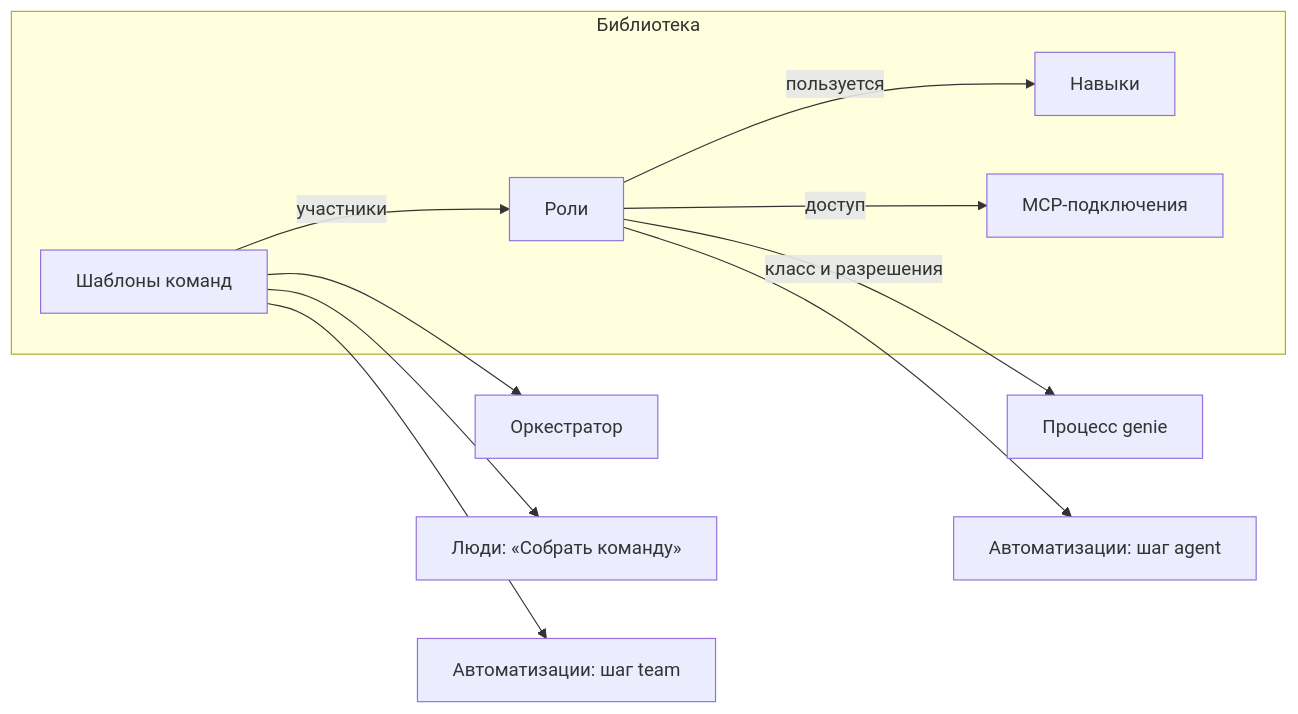
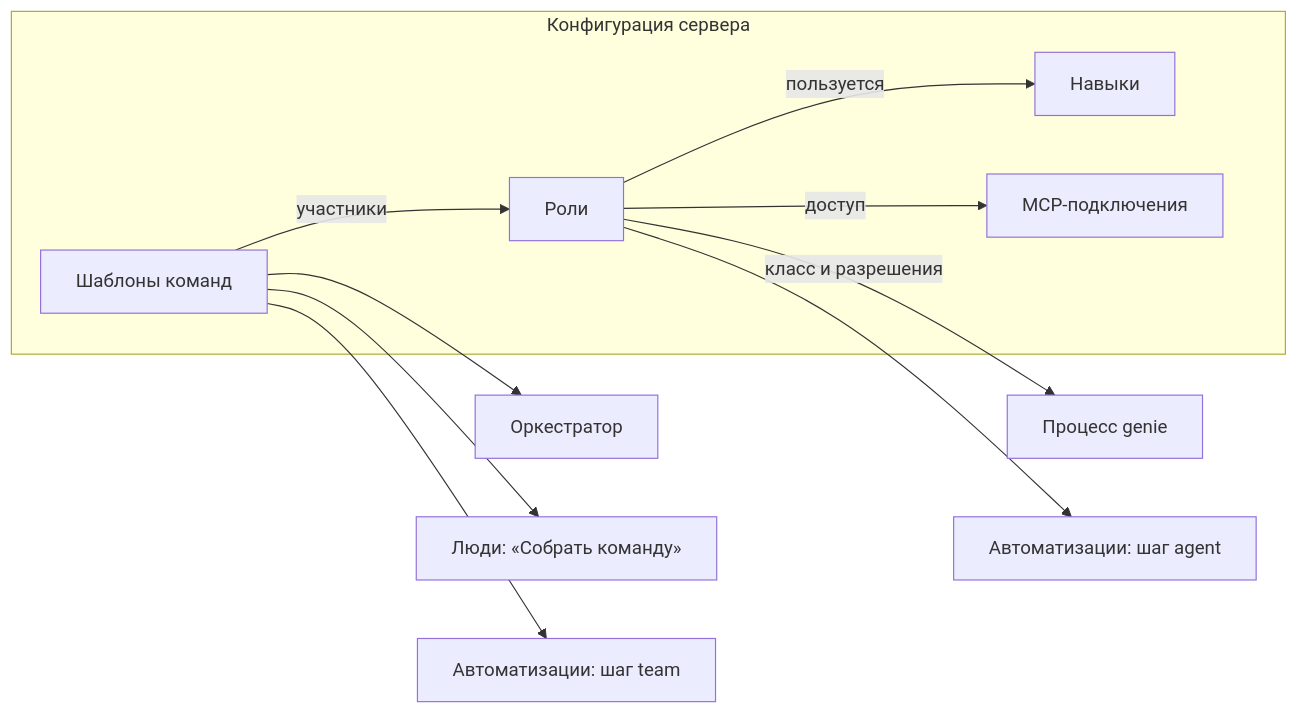
Before and after one commit to StepanDubrovin/genie: the first of 2 diagrams in docs/platform/agent-roles-and-teams.md, drawn with Mermaid. The commit also changed other lines of this file and 2 other files, not shown here.

````diff
--- a/docs/platform/agent-roles-and-teams.md
+++ b/docs/platform/agent-roles-and-teams.md
@@ -64,17 +63,17 @@
 ```mermaid
 flowchart LR
-  subgraph LIB[Библиотека]
+  subgraph CFG[Конфигурация сервера]
     R[Роли]
     T[Шаблоны команд]
     S[Навыки]
     M[MCP-подключения]
   end
   T -- участники --> R
   R -- пользуется --> S
   R -- доступ --> M
   R -- класс и разрешения --> P[Процесс genie]
   T --> O[Оркестратор]
   T --> H["Люди: «Собрать команду»"]
   T --> A["Автоматизации: шаг team"]
   R --> J["Автоматизации: шаг agent"]
 ```
````
